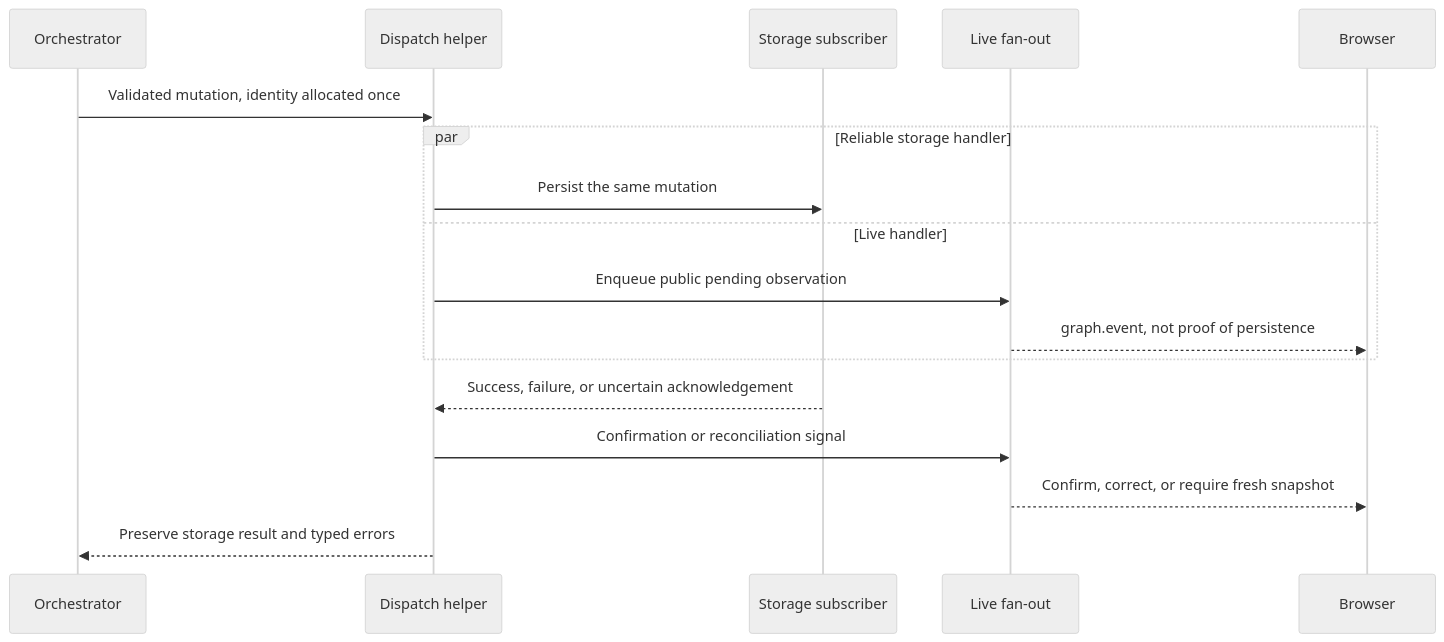
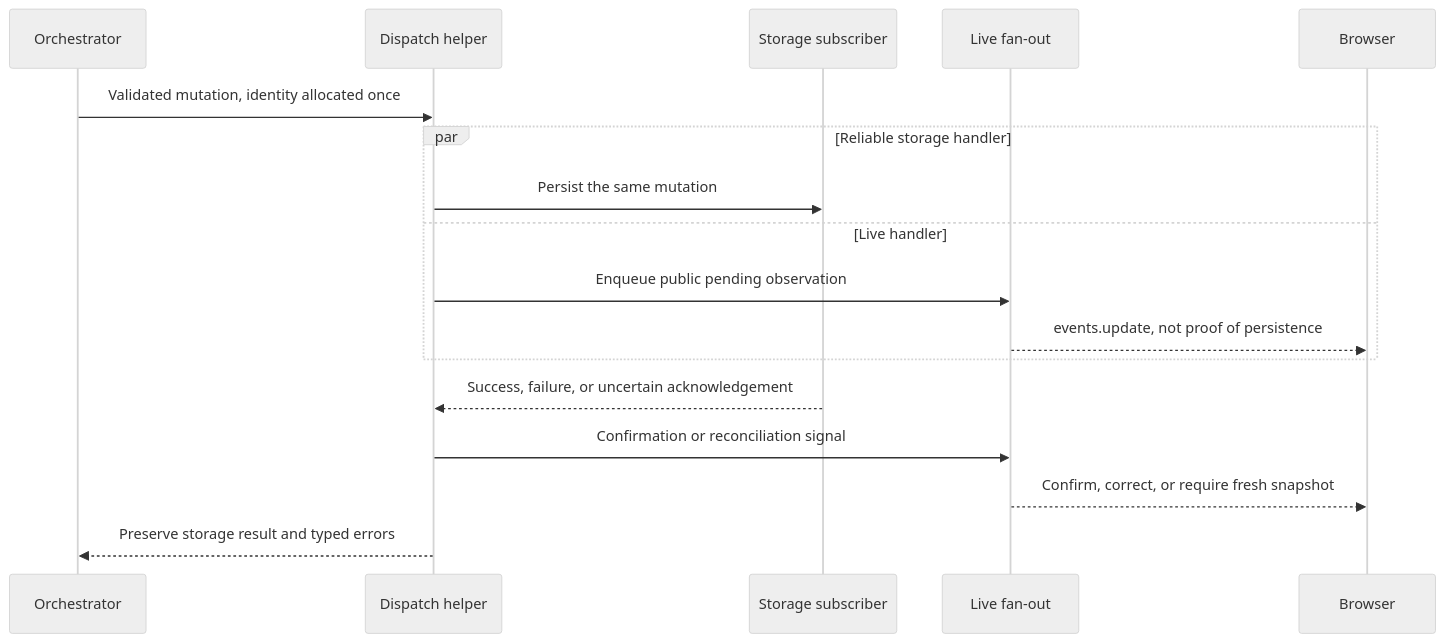
The third of 5 diagrams in docs/CONVERSATION_GRAPH_PUSH_PLAN.md (FabioPinheiro/yallmo), drawn with Mermaid (neutral theme) before and after one commit. The commit also changed other lines of this file and 32 other files, not shown here.

First line of the commit message:
Replace conversation graph polling with WebSocket subscriptions

````diff
--- a/docs/CONVERSATION_GRAPH_PUSH_PLAN.md
+++ b/docs/CONVERSATION_GRAPH_PUSH_PLAN.md
@@ -145,19 +146,19 @@
 ```mermaid
 sequenceDiagram
     participant O as Orchestrator
     participant D as Dispatch helper
     participant S as Storage subscriber
     participant L as Live fan-out
     participant B as Browser
     O->>D: Validated mutation, identity allocated once
     par Reliable storage handler
         D->>S: Persist the same mutation
     and Live handler
         D->>L: Enqueue public pending observation
-        L-->>B: graph.event, not proof of persistence
+        L-->>B: events.update, not proof of persistence
     end
     S-->>D: Success, failure, or uncertain acknowledgement
     D->>L: Confirmation or reconciliation signal
     L-->>B: Confirm, correct, or require fresh snapshot
     D-->>O: Preserve storage result and typed errors
 ```
````
